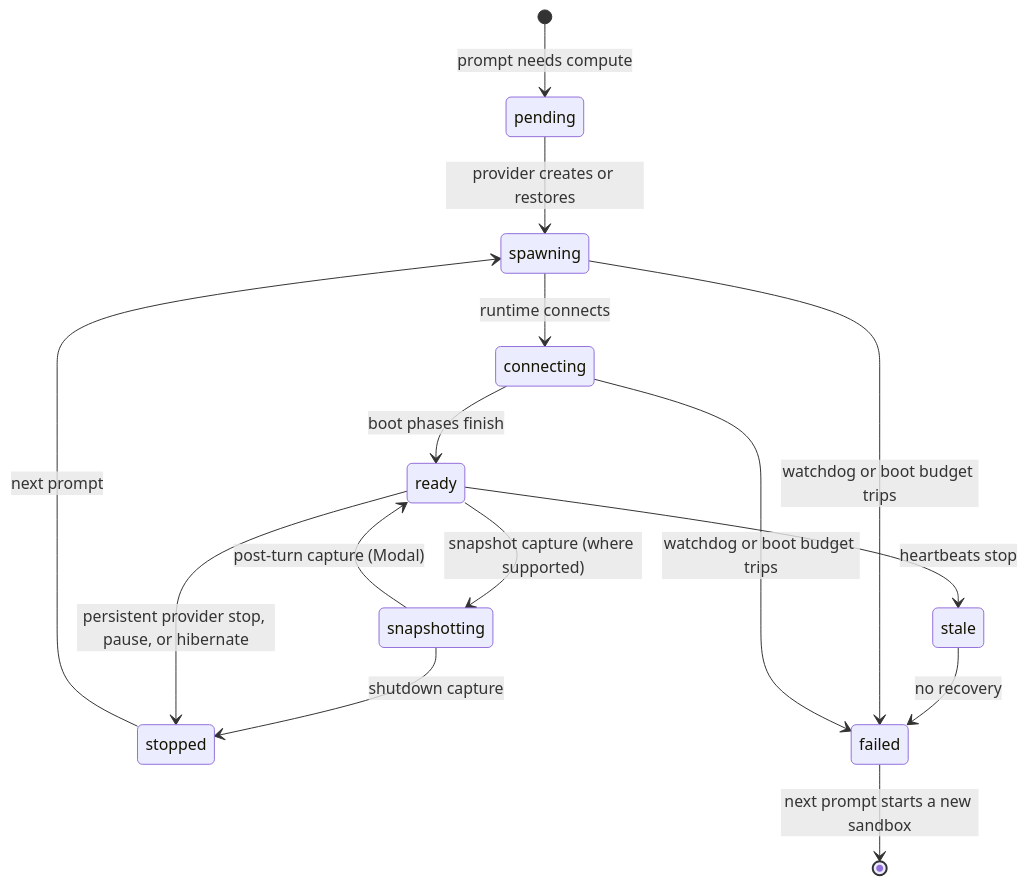
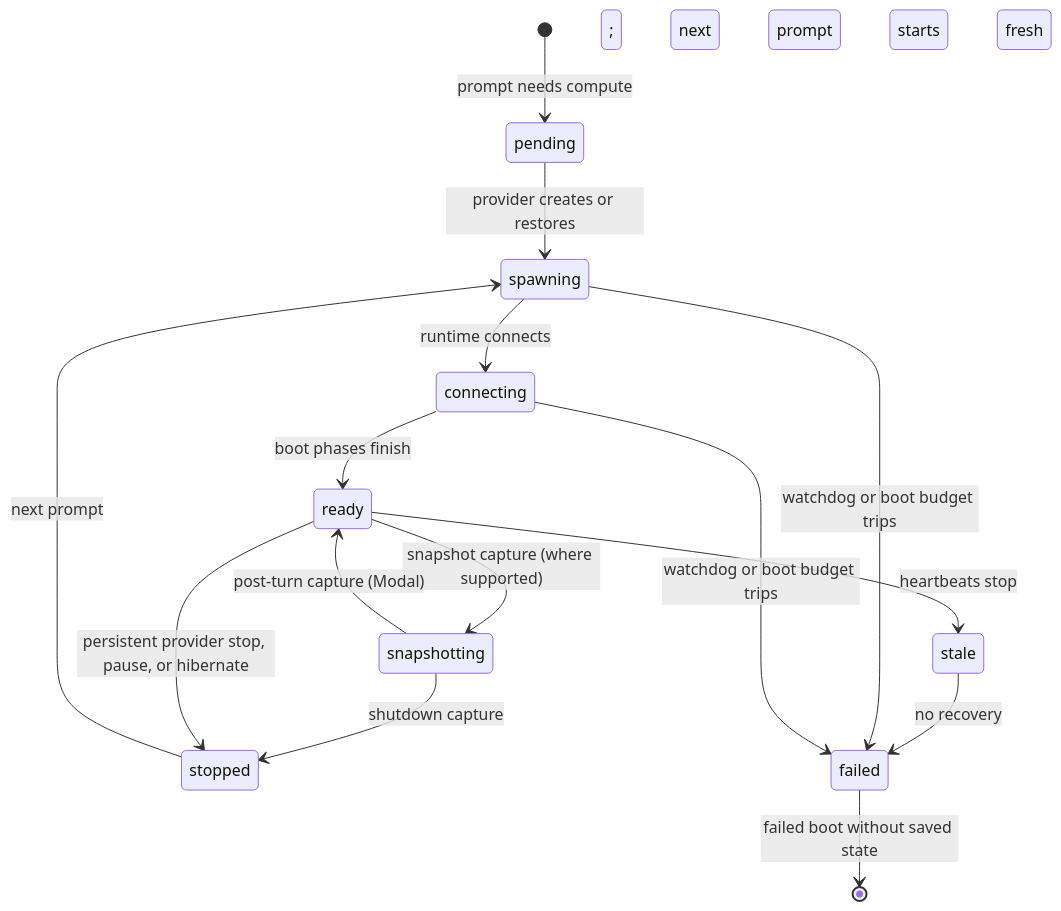
Before and after one commit to ColeMurray/background-agents: the second of 2 diagrams in packages/docs/content/docs/sessions/lifecycle-and-statuses.mdx, drawn with Mermaid.

Commit message:
docs: scope failed sandbox transition to unsaved boots

````diff
--- a/packages/docs/content/docs/sessions/lifecycle-and-statuses.mdx
+++ b/packages/docs/content/docs/sessions/lifecycle-and-statuses.mdx
@@ -75,19 +75,19 @@
 ```mermaid
 stateDiagram-v2
     accTitle: Sandbox status transitions
     direction TB
     [*] --> pending: prompt needs compute
     pending --> spawning: provider creates or restores
     spawning --> connecting: runtime connects
     connecting --> ready: boot phases finish
     ready --> snapshotting: snapshot capture (where supported)
     snapshotting --> ready: post-turn capture (Modal)
     snapshotting --> stopped: shutdown capture
     ready --> stopped: persistent provider stop, pause, or hibernate
     stopped --> spawning: next prompt
     ready --> stale: heartbeats stop
     stale --> failed: no recovery
     spawning --> failed: watchdog or boot budget trips
     connecting --> failed: watchdog or boot budget trips
-    failed --> [*]: next prompt starts a new sandbox
+    failed --> [*]: failed boot without saved state; next prompt starts fresh
 ```
````
